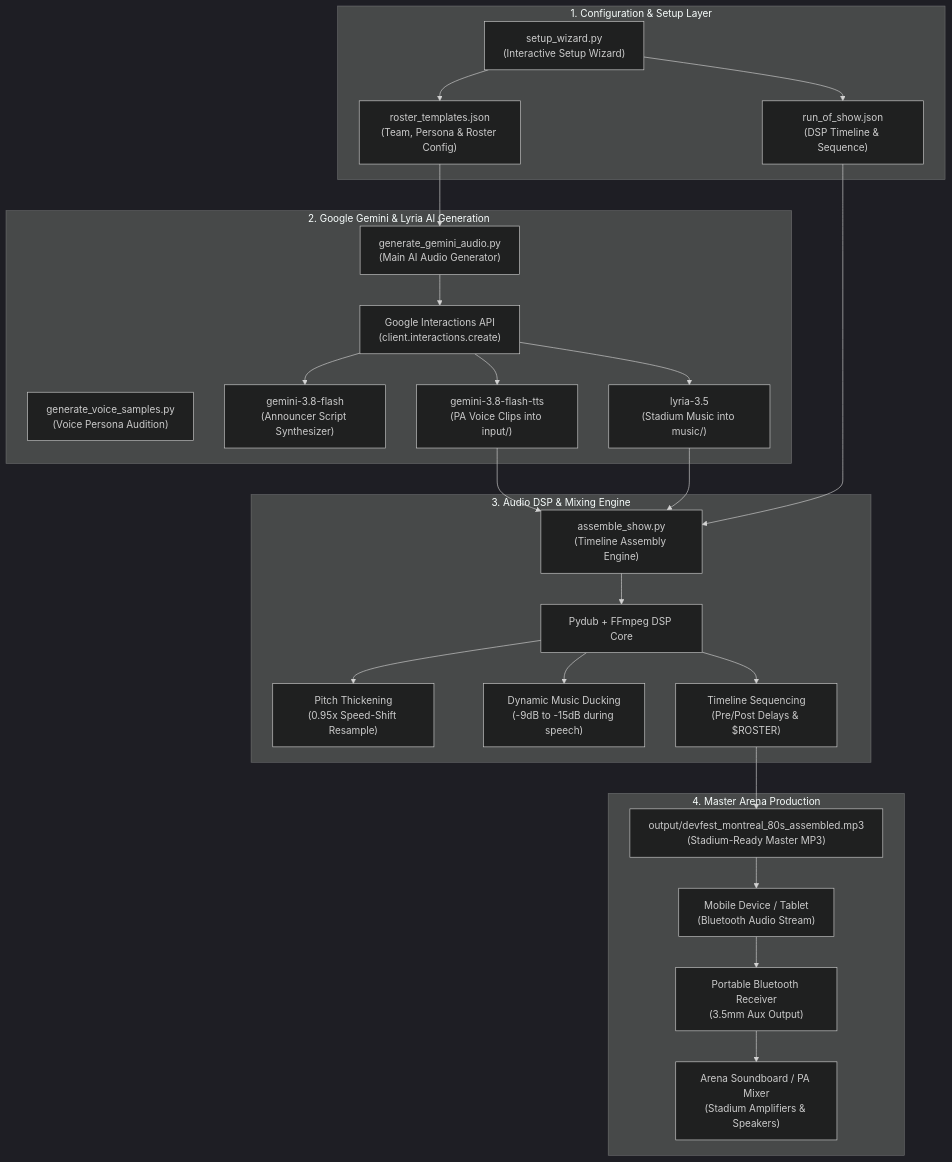
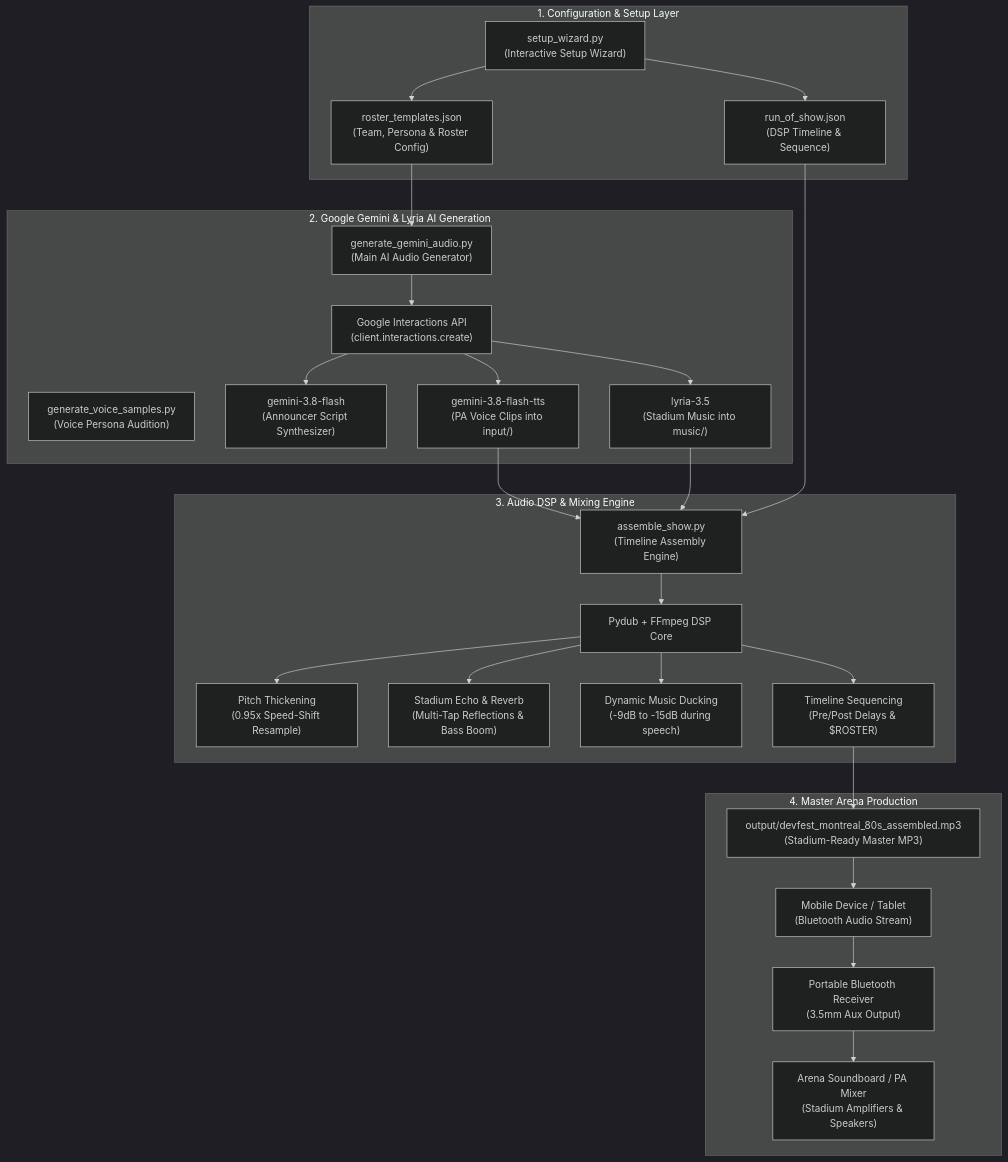
The first of 2 diagrams in README.md (aitalian/team-hype-ai), drawn with Mermaid (dark theme) before and after one commit. The commit also changed other lines of this file and 10 other files, not shown here.

Commit message:
Implement reverb/echo functionality

````diff
--- a/README.md
+++ b/README.md
@@ -42,53 +42,55 @@
 ```mermaid
 flowchart TD
     subgraph Config["1. Configuration & Setup Layer"]
         Wizard["setup_wizard.py\n(Interactive Setup Wizard)"]
         RosterJSON["roster_templates.json\n(Team, Persona & Roster Config)"]
         ShowJSON["run_of_show.json\n(DSP Timeline & Sequence)"]
         Wizard --> RosterJSON
         Wizard --> ShowJSON
     end
 
     subgraph AI_Gen["2. Google Gemini & Lyria AI Generation"]
         Audition["generate_voice_samples.py\n(Voice Persona Audition)"]
         AudioGen["generate_gemini_audio.py\n(Main AI Audio Generator)"]
         InteractionsAPI["Google Interactions API\n(client.interactions.create)"]
         FlashLLM["gemini-3.8-flash\n(Announcer Script Synthesizer)"]
         FlashTTS["gemini-3.8-flash-tts\n(PA Voice Clips into input/)"]
         LyriaMusic["lyria-3.5\n(Stadium Music into music/)"]
 
         RosterJSON --> AudioGen
         AudioGen --> InteractionsAPI
         InteractionsAPI --> FlashLLM
         InteractionsAPI --> FlashTTS
         InteractionsAPI --> LyriaMusic
     end
 
     subgraph DSP_Assembly["3. Audio DSP & Mixing Engine"]
         Assembler["assemble_show.py\n(Timeline Assembly Engine)"]
         PydubEngine["Pydub + FFmpeg DSP Core"]
         Thicken["Pitch Thickening\n(0.95x Speed-Shift Resample)"]
+        Reverb["Stadium Echo & Reverb\n(Multi-Tap Reflections & Bass Boom)"]
         Ducking["Dynamic Music Ducking\n(-9dB to -15dB during speech)"]
         Sequence["Timeline Sequencing\n(Pre/Post Delays & $ROSTER)"]
 
         FlashTTS --> Assembler
         LyriaMusic --> Assembler
         ShowJSON --> Assembler
         Assembler --> PydubEngine
         PydubEngine --> Thicken
+        PydubEngine --> Reverb
         PydubEngine --> Ducking
         PydubEngine --> Sequence
     end
 
     subgraph Output_Layer["4. Master Arena Production"]
         MasterFile["output/devfest_montreal_80s_assembled.mp3\n(Stadium-Ready Master MP3)"]
         MobileDevice["Mobile Device / Tablet\n(Bluetooth Audio Stream)"]
         Receiver["Portable Bluetooth Receiver\n(3.5mm Aux Output)"]
         Soundboard["Arena Soundboard / PA Mixer\n(Stadium Amplifiers & Speakers)"]
 
         Sequence --> MasterFile
         MasterFile --> MobileDevice
         MobileDevice --> Receiver
         Receiver --> Soundboard
     end
 ```
````
